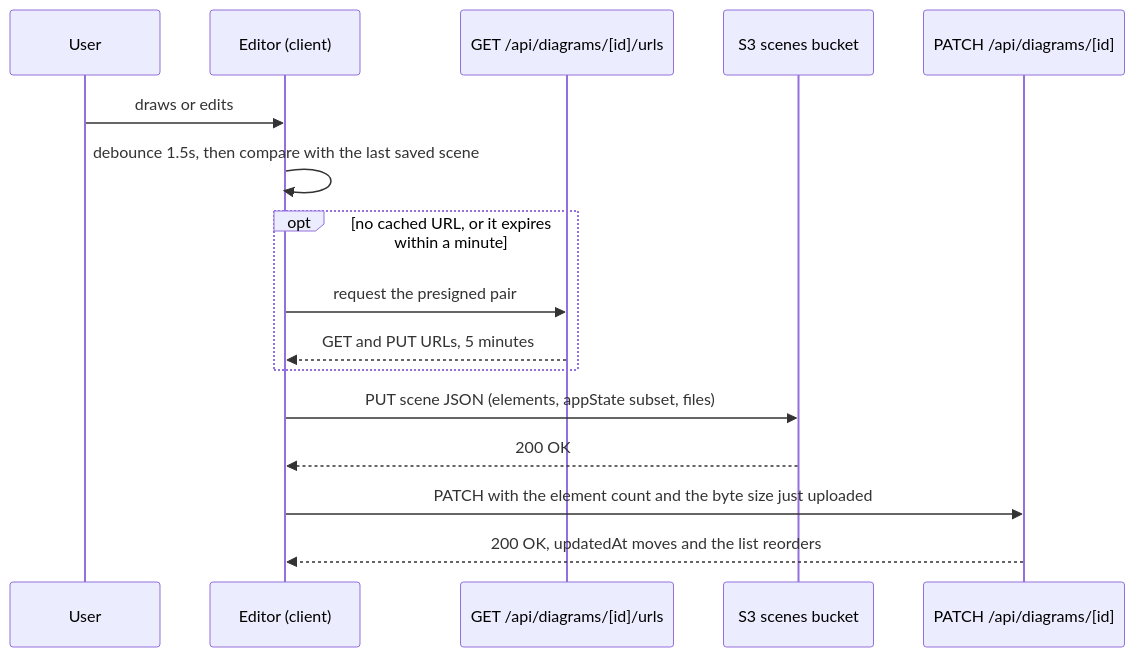
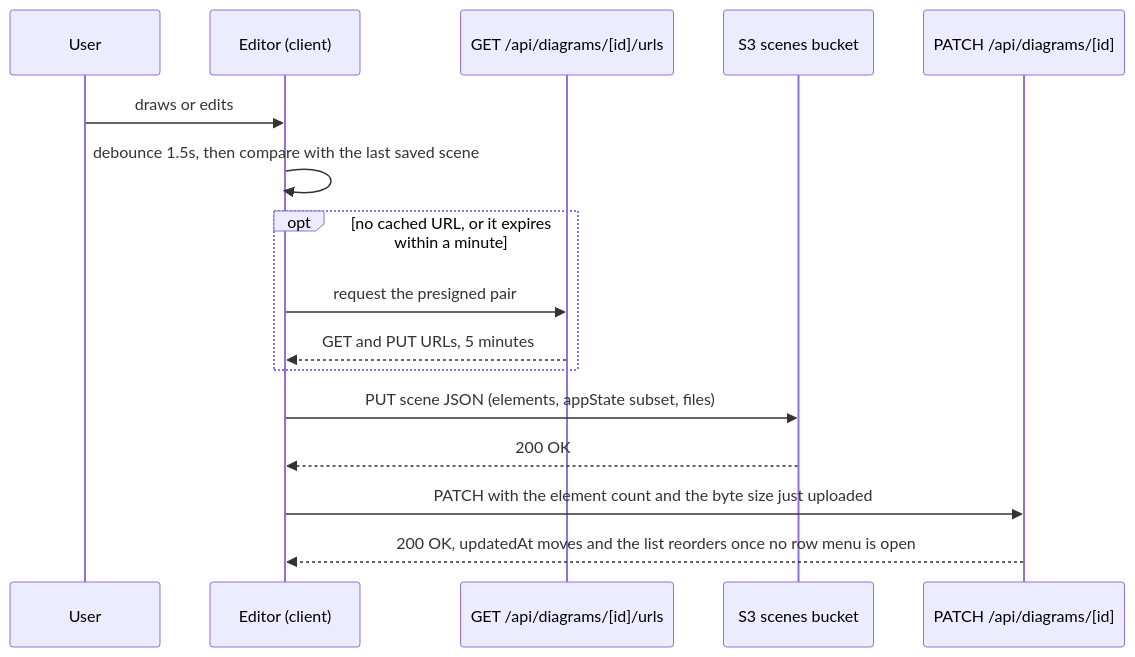
The third of 4 diagrams in docs/modules/app/flows.md (sebasfles/my-napkin), drawn with Mermaid before and after one commit. The commit also changed other lines of this file and 1 other file, not shown here.

Commit message:
docs(app): 0021 task docs, the second debt indexed and the save flow true under an open menu

````diff
--- a/docs/modules/app/flows.md
+++ b/docs/modules/app/flows.md
@@ -43,18 +43,18 @@
 ```mermaid
 sequenceDiagram
   participant U as User
   participant E as Editor (client)
   participant API as GET /api/diagrams/[id]/urls
   participant S3 as S3 scenes bucket
   participant P as PATCH /api/diagrams/[id]
   U->>E: draws or edits
   E->>E: debounce 1.5s, then compare with the last saved scene
   opt no cached URL, or it expires within a minute
     E->>API: request the presigned pair
     API-->>E: GET and PUT URLs, 5 minutes
   end
   E->>S3: PUT scene JSON (elements, appState subset, files)
   S3-->>E: 200 OK
   E->>P: PATCH with the element count and the byte size just uploaded
-  P-->>E: 200 OK, updatedAt moves and the list reorders
+  P-->>E: 200 OK, updatedAt moves and the list reorders once no row menu is open
 ```
````
